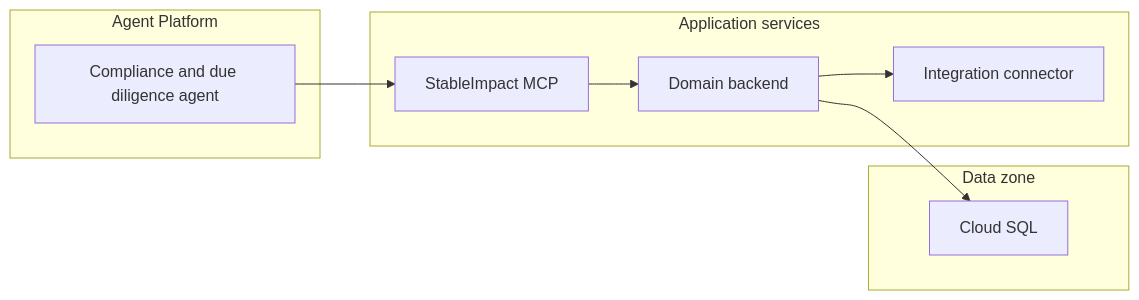
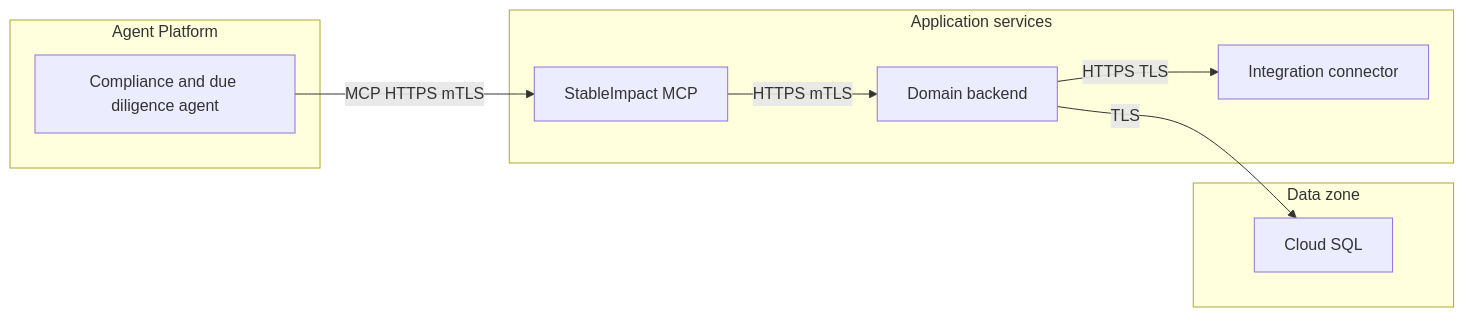
The eighth of 21 diagrams in stableimpact-design.md (eweinmanepam/Documents), drawn with Mermaid before and after one commit. The commit also changed other lines of this file, not shown here.

````diff
--- a/stableimpact-design.md
+++ b/stableimpact-design.md
@@ -251,21 +258,21 @@
 ```mermaid
 flowchart LR
   subgraph Platform[Agent Platform]
-    AGENT[Compliance and due diligence agent]
+    C_AGENT[Compliance and due diligence agent]
   end
 
   subgraph AppSvc[Application services]
-    MCP[StableImpact MCP]
-    API[Domain backend]
-    INTEG[Integration connector]
+    C_MCP[StableImpact MCP]
+    C_API[Domain backend]
+    C_INTEG[Integration connector]
   end
 
   subgraph DataZone[Data zone]
-    SQL[Cloud SQL]
+    C_SQL[Cloud SQL]
   end
 
-  AGENT --> MCP
-  MCP --> API
-  API --> INTEG
-  API --> SQL
+  C_AGENT -->|MCP HTTPS mTLS| C_MCP
+  C_MCP -->|HTTPS mTLS| C_API
+  C_API -->|HTTPS TLS| C_INTEG
+  C_API -->|TLS| C_SQL
 ```
````
